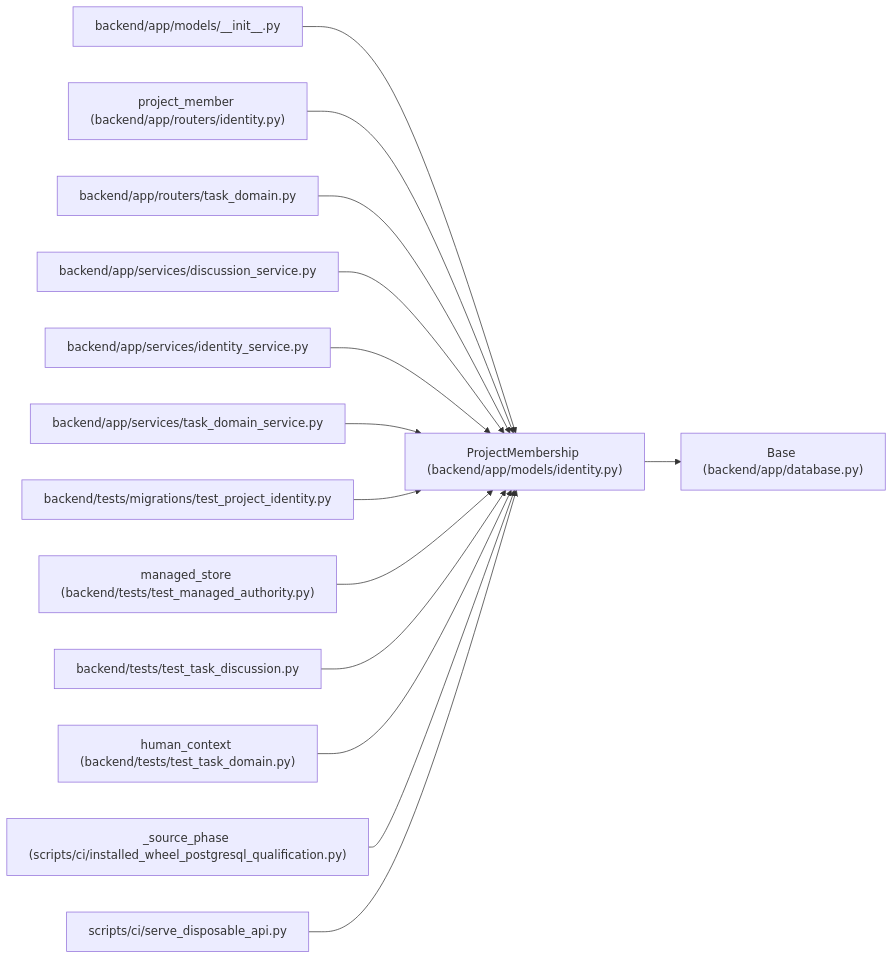
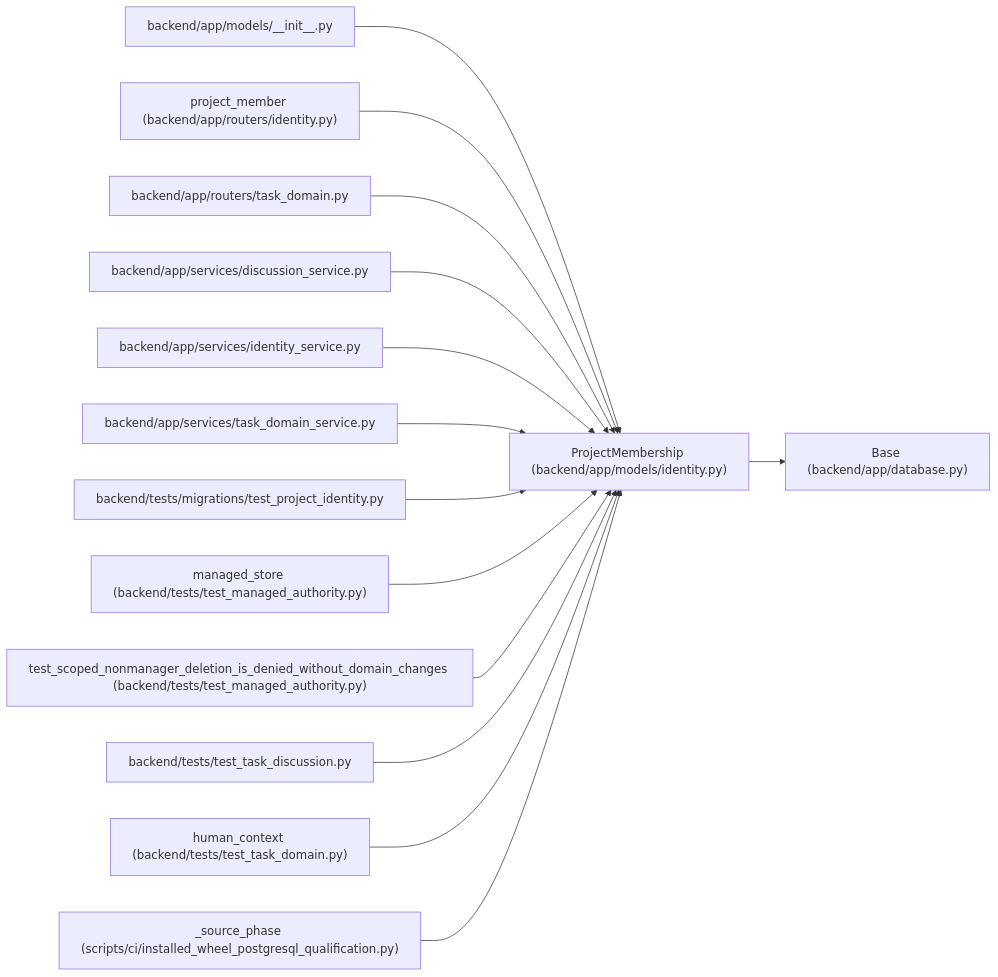
The diagram in docs/llm_wiki/entities/ProjectMembership.md (Denissvgn/WorkChord), drawn with Mermaid before and after one commit. The commit also changed other lines of this file and 353 other files, not shown here.

Commit message:
docs(wiki): explain project deletion authority and retained audit scope

````diff
--- a/docs/llm_wiki/entities/ProjectMembership.md
+++ b/docs/llm_wiki/entities/ProjectMembership.md
@@ -28,44 +28,44 @@
 ```mermaid
 flowchart LR
     n0["ProjectMembership (backend/app/models/identity.py)"]
     n1["Base (backend/app/database.py)"]
     n2["backend/app/models/__init__.py"]
     n3["project_member (backend/app/routers/identity.py)"]
     n4["backend/app/routers/task_domain.py"]
     n5["backend/app/services/discussion_service.py"]
     n6["backend/app/services/identity_service.py"]
     n7["backend/app/services/task_domain_service.py"]
     n8["backend/tests/migrations/test_project_identity.py"]
     n9["managed_store (backend/tests/test_managed_authority.py)"]
-    n10["backend/tests/test_task_discussion.py"]
-    n11["human_context (backend/tests/test_task_domain.py)"]
-    n12["_source_phase (scripts/ci/installed_wheel_postgresql_qualification.py)"]
-    n13["scripts/ci/serve_disposable_api.py"]
+    n10["test_scoped_nonmanager_deletion_is_denied_without_domain_changes (backend/tests/test_managed_authority.py)"]
+    n11["backend/tests/test_task_discussion.py"]
+    n12["human_context (backend/tests/test_task_domain.py)"]
+    n13["_source_phase (scripts/ci/installed_wheel_postgresql_qualification.py)"]
     n0 --> n1
     n2 --> n0
     n3 --> n0
     n4 --> n0
     n5 --> n0
     n6 --> n0
     n7 --> n0
     n8 --> n0
     n9 --> n0
     n10 --> n0
     n11 --> n0
     n12 --> n0
     n13 --> n0
     click n0 "../modules/models_identity.md"
     click n1 "../modules/app_database.md"
     click n2 "../modules/models___init__.md"
     click n3 "../modules/routers_identity.md"
     click n4 "../modules/routers_task_domain.md"
     click n5 "../modules/discussion_service.md"
     click n6 "../modules/identity_service.md"
     click n7 "../modules/task_domain_service.md"
     click n8 "../modules/test_project_identity.md"
     click n9 "../modules/test_managed_authority.md"
-    click n10 "../modules/test_task_discussion.md"
-    click n11 "../modules/test_task_domain.md"
-    click n12 "../modules/installed_wheel_postgresql_qualification.md"
-    click n13 "../modules/serve_disposable_api.md"
+    click n10 "../modules/test_managed_authority.md"
+    click n11 "../modules/test_task_discussion.md"
+    click n12 "../modules/test_task_domain.md"
+    click n13 "../modules/installed_wheel_postgresql_qualification.md"
 ```
````
